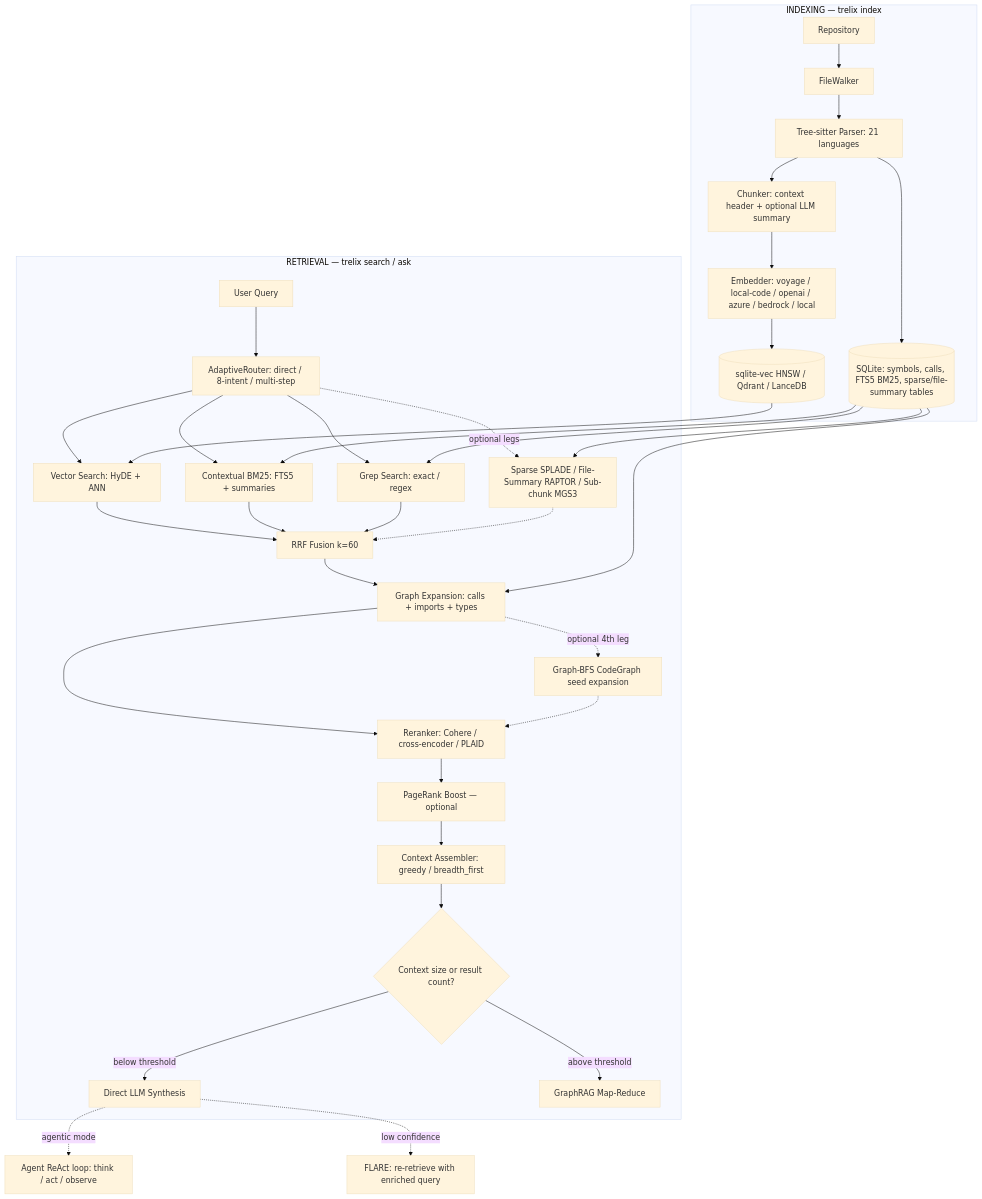
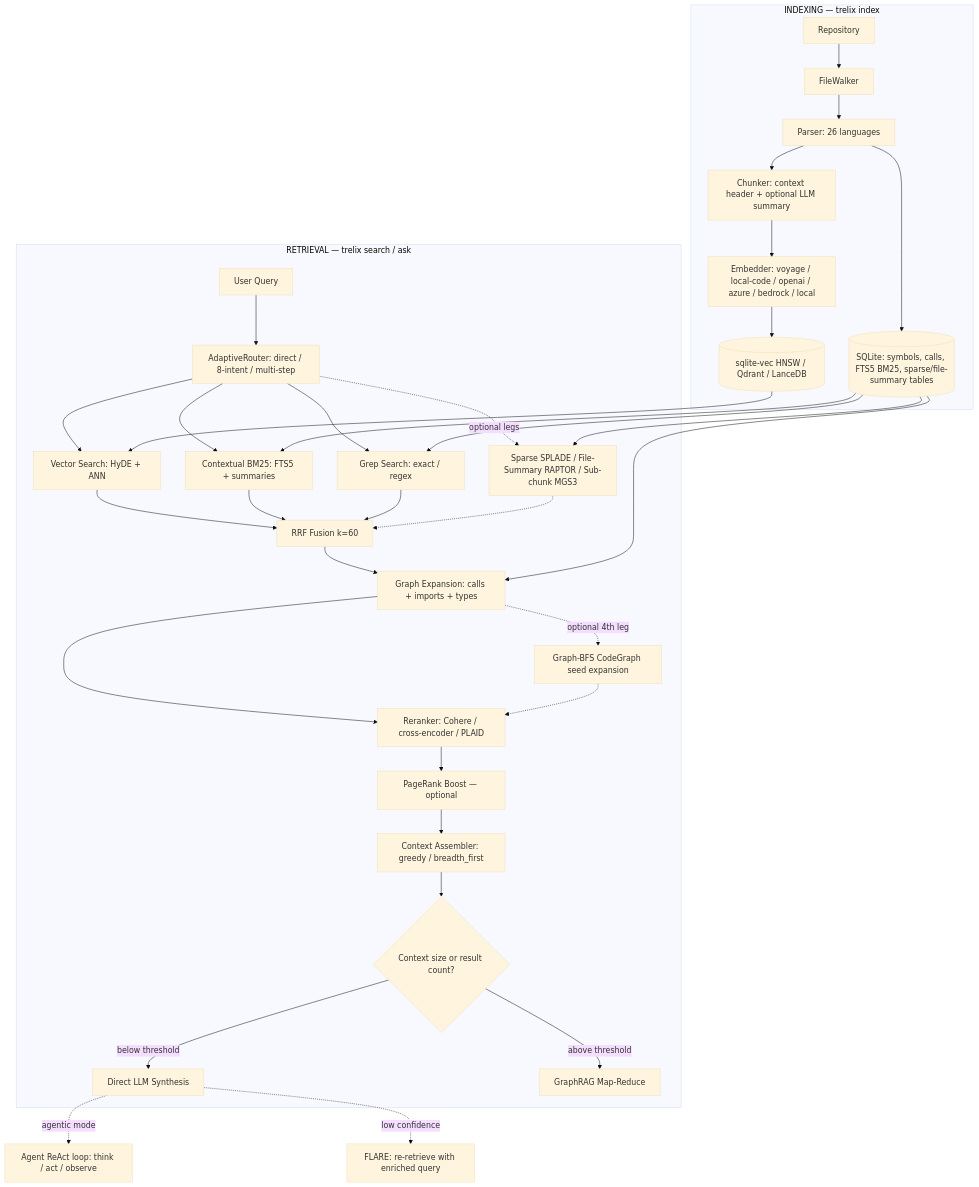
The diagram in README.md (sairam0424/trelix), drawn with Mermaid (base theme) before and after one commit. The commit also changed 19 other files, not shown here.

````diff
--- a/README.md
+++ b/README.md
@@ -486,41 +486,41 @@
 ```mermaid
 flowchart TD
     subgraph INDEXING["INDEXING — trelix index"]
         A[Repository] --> B[FileWalker]
-        B --> C[Tree-sitter Parser: 21 languages]
+        B --> C[Parser: 26 languages]
         C --> D[Chunker: context header + optional LLM summary]
         D --> E[Embedder: voyage / local-code / openai / azure / bedrock / local]
         E --> F[(sqlite-vec HNSW / Qdrant / LanceDB)]
         C --> G[(SQLite: symbols, calls, FTS5 BM25, sparse/file-summary tables)]
     end
 
     subgraph RETRIEVAL["RETRIEVAL — trelix search / ask"]
         H[User Query] --> I[AdaptiveRouter: direct / 8-intent / multi-step]
         I --> J[Vector Search: HyDE + ANN]
         I --> K[Contextual BM25: FTS5 + summaries]
         I --> L[Grep Search: exact / regex]
         I -.->|optional legs| L2[Sparse SPLADE / File-Summary RAPTOR / Sub-chunk MGS3]
         J --> M[RRF Fusion k=60]
         K --> M
         L --> M
         L2 -.-> M
         M --> N[Graph Expansion: calls + imports + types]
         N -.->|optional 4th leg| N2[Graph-BFS CodeGraph seed expansion]
         N --> O[Reranker: Cohere / cross-encoder / PLAID]
         N2 -.-> O
         O --> P2[PageRank Boost — optional]
         P2 --> P[Context Assembler: greedy / breadth_first]
         P --> Q{Context size or result count?}
         Q -->|below threshold| R[Direct LLM Synthesis]
         Q -->|above threshold| S[GraphRAG Map-Reduce]
     end
 
     F --> J
     G --> K
     G --> L
     G --> L2
     G --> N
 
     R -.->|agentic mode| T[Agent ReAct loop: think / act / observe]
     R -.->|low confidence| U[FLARE: re-retrieve with enriched query]
 ```
````
